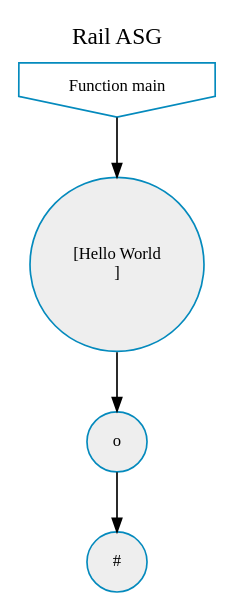
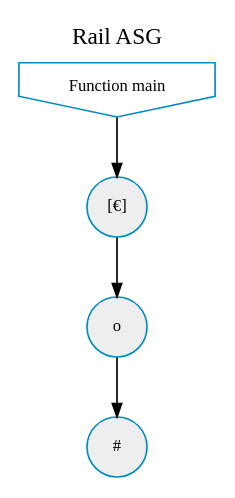
Before and after one commit to ccebinger/SWPSoSe14: the diagram in projekt-compiler/io/graphviz.dot, drawn with Graphviz. The commit also changed 11 other files, not shown here.

```diff
--- a/projekt-compiler/io/graphviz.dot
+++ b/projekt-compiler/io/graphviz.dot
@@ -1,15 +1,15 @@
 digraph G {
 	node [shape="circle",fontname=Courir,fontsize=10,style=filled,penwidth=1,fillcolor="#EEEEEE",color="#048ABD"]
 	edge [color="#000000", arrowsize="0.8", fontsize=10, decorate=true]
 	labelloc="t";
 	label="Rail ASG";
 	rankdir="TL";
 
 	funcmain [shape="invhouse",fillcolor="none",label="Function main"]
 	funcmain -> 1
-	1 [label="[Hello World\n\]"]
+	1 [label="[€]"]
 	1 -> 2
 	2 [label="o"]
 	2 -> 3
 	3 [label="#"]
 }
```
